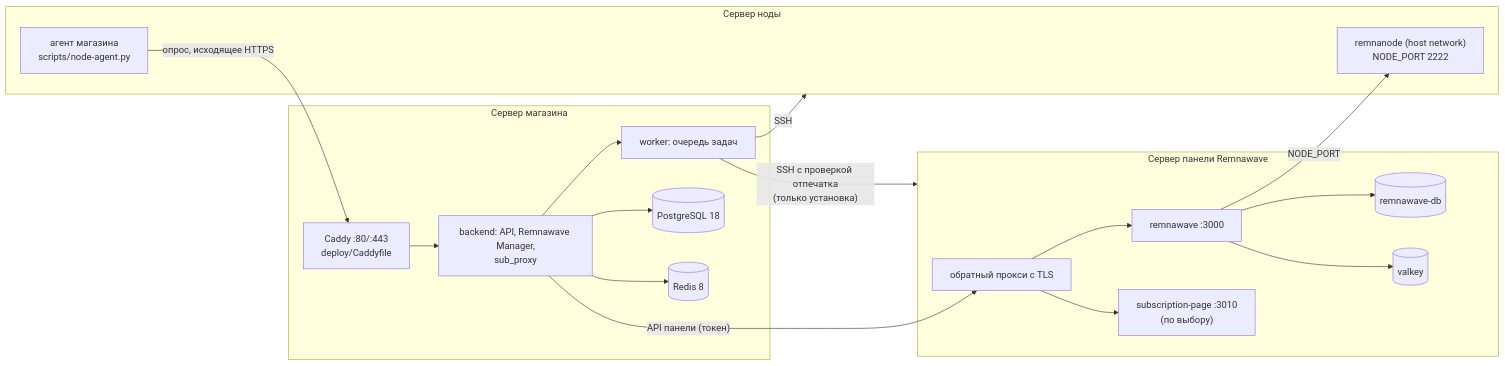
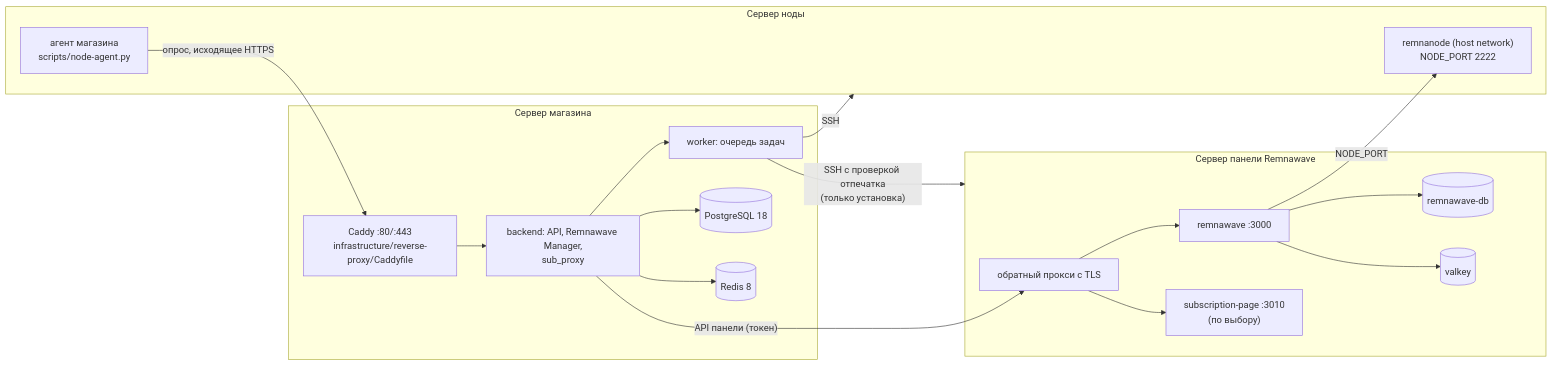
Before and after one commit to booarkz-cpu/shop-by-boo: the diagram in docs/ru/new/REMNAWAVE_ARCHITECTURE.md, drawn with Mermaid. The commit also changed other lines of this file and 227 other files, not shown here.

First line of the commit message:
Release v28.154.0: installer, Caddy and monitoring in infrastructure/ (layout stage 4), DNS record guard, INFRA register section (#344)

````diff
--- a/docs/ru/new/REMNAWAVE_ARCHITECTURE.md
+++ b/docs/ru/new/REMNAWAVE_ARCHITECTURE.md
@@ -47,24 +47,24 @@
 ```mermaid
 flowchart LR
   subgraph Shop["Сервер магазина"]
-    Caddy["Caddy :80/:443<br/>deploy/Caddyfile"] --> Backend["backend: API, Remnawave Manager,<br/>sub_proxy"]
+    Caddy["Caddy :80/:443<br/>infrastructure/reverse-proxy/Caddyfile"] --> Backend["backend: API, Remnawave Manager,<br/>sub_proxy"]
     Backend --> Worker["worker: очередь задач"]
     Backend --> DB[("PostgreSQL 18")]
     Backend --> Redis[("Redis 8")]
   end
   subgraph Panel["Сервер панели Remnawave"]
     RP["обратный прокси с TLS"] --> RW["remnawave :3000"]
     RW --> RWDB[("remnawave-db")]
     RW --> RWR[("valkey")]
     RP --> SP["subscription-page :3010<br/>(по выбору)"]
   end
   subgraph Node["Сервер ноды"]
     RN["remnanode (host network)<br/>NODE_PORT 2222"]
     Agent["агент магазина<br/>scripts/node-agent.py"]
   end
   Backend -- "API панели (токен)" --> RP
   RW -- "NODE_PORT" --> RN
   Agent -- "опрос, исходящее HTTPS" --> Caddy
   Worker -- "SSH с проверкой отпечатка<br/>(только установка)" --> Panel
   Worker -- "SSH" --> Node
 ```
````
